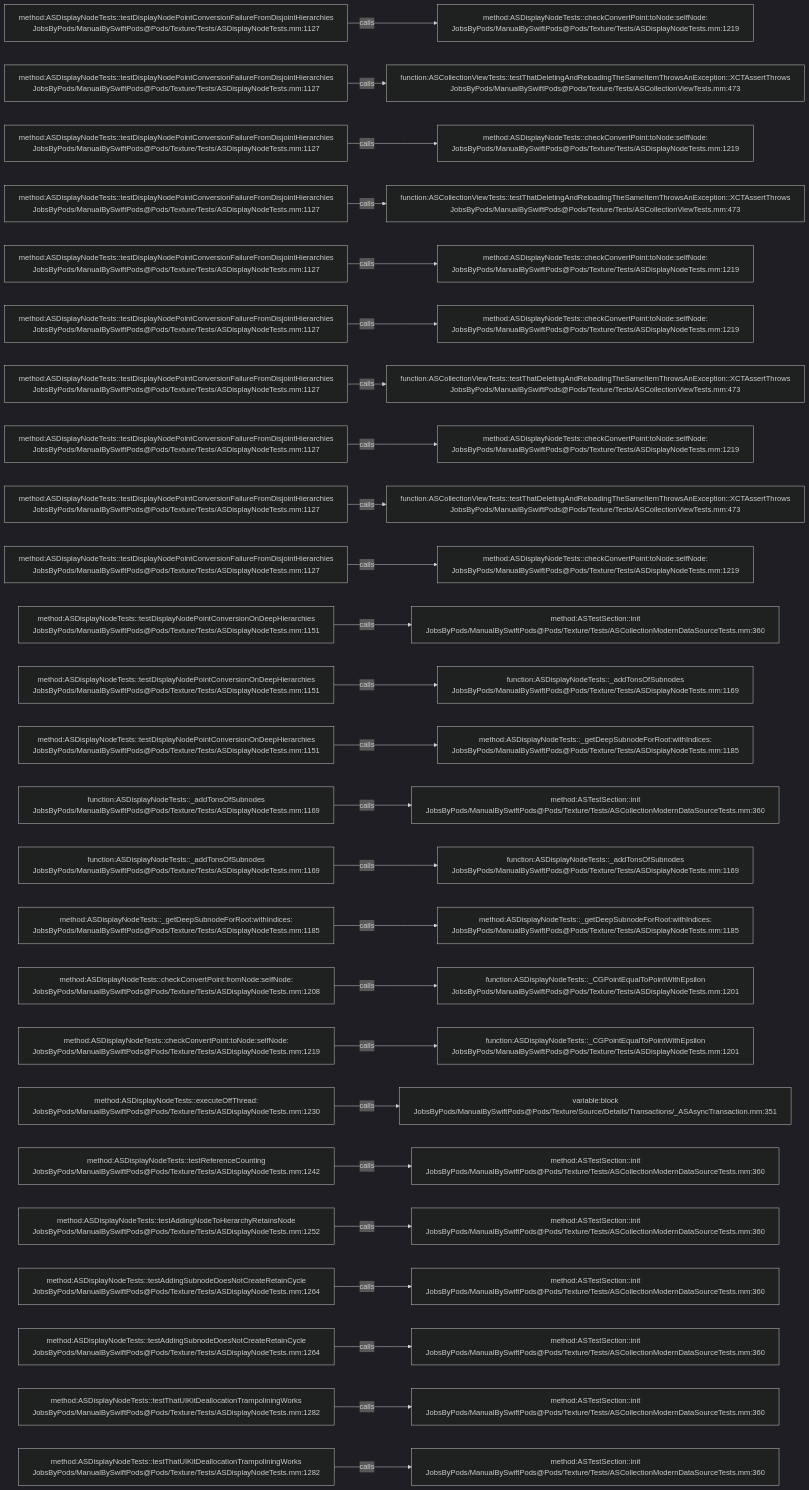
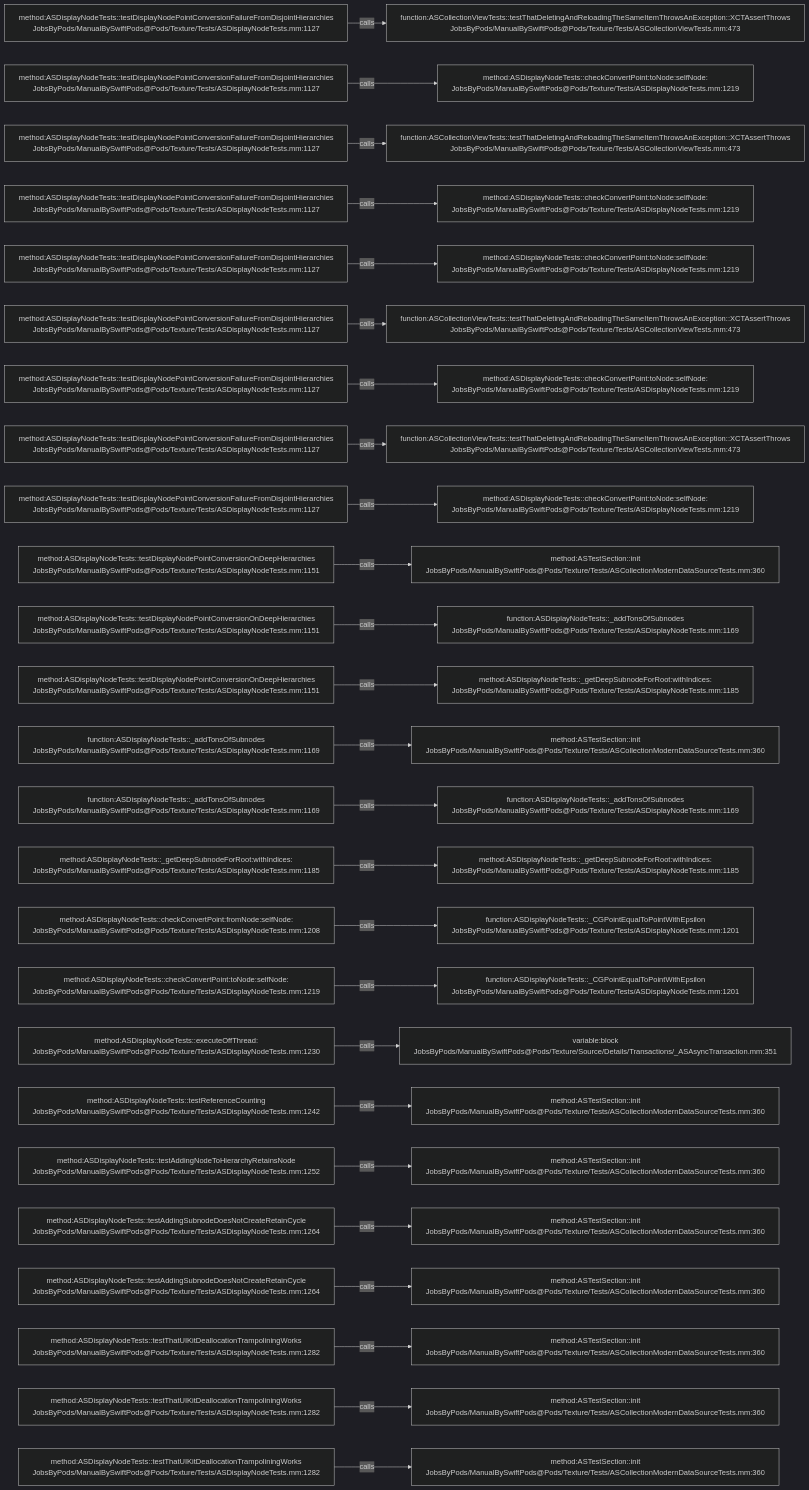
One commit to JobsKits/JobsSwiftBaseConfigDemo changed the diagram in .codegraph/codegraph.md/graphs/calls-191.md. Above: the diagram before and after it, drawn with Mermaid (dark theme). The commit also changed 747 other files, not shown here.

````diff
--- a/.codegraph/codegraph.md/graphs/calls-191.md
+++ b/.codegraph/codegraph.md/graphs/calls-191.md
@@ -13,78 +13,78 @@
 ```mermaid
 flowchart LR
   S1["method:ASDisplayNodeTests::testDisplayNodePointConversionFailureFromDisjointHierarchies<br/>JobsByPods/ManualBySwiftPods@Pods/Texture/Tests/ASDisplayNodeTests.mm:1127"]
-  T1["method:ASDisplayNodeTests::checkConvertPoint:toNode:selfNode:<br/>JobsByPods/ManualBySwiftPods@Pods/Texture/Tests/ASDisplayNodeTests.mm:1219"]
+  T1["function:ASCollectionViewTests::testThatDeletingAndReloadingTheSameItemThrowsAnException::XCTAssertThrows<br/>JobsByPods/ManualBySwiftPods@Pods/Texture/Tests/ASCollectionViewTests.mm:473"]
   S1 -->|calls| T1
   S2["method:ASDisplayNodeTests::testDisplayNodePointConversionFailureFromDisjointHierarchies<br/>JobsByPods/ManualBySwiftPods@Pods/Texture/Tests/ASDisplayNodeTests.mm:1127"]
-  T2["function:ASCollectionViewTests::testThatDeletingAndReloadingTheSameItemThrowsAnException::XCTAssertThrows<br/>JobsByPods/ManualBySwiftPods@Pods/Texture/Tests/ASCollectionViewTests.mm:473"]
+  T2["method:ASDisplayNodeTests::checkConvertPoint:toNode:selfNode:<br/>JobsByPods/ManualBySwiftPods@Pods/Texture/Tests/ASDisplayNodeTests.mm:1219"]
   S2 -->|calls| T2
   S3["method:ASDisplayNodeTests::testDisplayNodePointConversionFailureFromDisjointHierarchies<br/>JobsByPods/ManualBySwiftPods@Pods/Texture/Tests/ASDisplayNodeTests.mm:1127"]
-  T3["method:ASDisplayNodeTests::checkConvertPoint:toNode:selfNode:<br/>JobsByPods/ManualBySwiftPods@Pods/Texture/Tests/ASDisplayNodeTests.mm:1219"]
+  T3["function:ASCollectionViewTests::testThatDeletingAndReloadingTheSameItemThrowsAnException::XCTAssertThrows<br/>JobsByPods/ManualBySwiftPods@Pods/Texture/Tests/ASCollectionViewTests.mm:473"]
   S3 -->|calls| T3
   S4["method:ASDisplayNodeTests::testDisplayNodePointConversionFailureFromDisjointHierarchies<br/>JobsByPods/ManualBySwiftPods@Pods/Texture/Tests/ASDisplayNodeTests.mm:1127"]
-  T4["function:ASCollectionViewTests::testThatDeletingAndReloadingTheSameItemThrowsAnException::XCTAssertThrows<br/>JobsByPods/ManualBySwiftPods@Pods/Texture/Tests/ASCollectionViewTests.mm:473"]
+  T4["method:ASDisplayNodeTests::checkConvertPoint:toNode:selfNode:<br/>JobsByPods/ManualBySwiftPods@Pods/Texture/Tests/ASDisplayNodeTests.mm:1219"]
   S4 -->|calls| T4
   S5["method:ASDisplayNodeTests::testDisplayNodePointConversionFailureFromDisjointHierarchies<br/>JobsByPods/ManualBySwiftPods@Pods/Texture/Tests/ASDisplayNodeTests.mm:1127"]
   T5["method:ASDisplayNodeTests::checkConvertPoint:toNode:selfNode:<br/>JobsByPods/ManualBySwiftPods@Pods/Texture/Tests/ASDisplayNodeTests.mm:1219"]
   S5 -->|calls| T5
   S6["method:ASDisplayNodeTests::testDisplayNodePointConversionFailureFromDisjointHierarchies<br/>JobsByPods/ManualBySwiftPods@Pods/Texture/Tests/ASDisplayNodeTests.mm:1127"]
-  T6["method:ASDisplayNodeTests::checkConvertPoint:toNode:selfNode:<br/>JobsByPods/ManualBySwiftPods@Pods/Texture/Tests/ASDisplayNodeTests.mm:1219"]
+  T6["function:ASCollectionViewTests::testThatDeletingAndReloadingTheSameItemThrowsAnException::XCTAssertThrows<br/>JobsByPods/ManualBySwiftPods@Pods/Texture/Tests/ASCollectionViewTests.mm:473"]
   S6 -->|calls| T6
   S7["method:ASDisplayNodeTests::testDisplayNodePointConversionFailureFromDisjointHierarchies<br/>JobsByPods/ManualBySwiftPods@Pods/Texture/Tests/ASDisplayNodeTests.mm:1127"]
-  T7["function:ASCollectionViewTests::testThatDeletingAndReloadingTheSameItemThrowsAnException::XCTAssertThrows<br/>JobsByPods/ManualBySwiftPods@Pods/Texture/Tests/ASCollectionViewTests.mm:473"]
+  T7["method:ASDisplayNodeTests::checkConvertPoint:toNode:selfNode:<br/>JobsByPods/ManualBySwiftPods@Pods/Texture/Tests/ASDisplayNodeTests.mm:1219"]
   S7 -->|calls| T7
   S8["method:ASDisplayNodeTests::testDisplayNodePointConversionFailureFromDisjointHierarchies<br/>JobsByPods/ManualBySwiftPods@Pods/Texture/Tests/ASDisplayNodeTests.mm:1127"]
-  T8["method:ASDisplayNodeTests::checkConvertPoint:toNode:selfNode:<br/>JobsByPods/ManualBySwiftPods@Pods/Texture/Tests/ASDisplayNodeTests.mm:1219"]
+  T8["function:ASCollectionViewTests::testThatDeletingAndReloadingTheSameItemThrowsAnException::XCTAssertThrows<br/>JobsByPods/ManualBySwiftPods@Pods/Texture/Tests/ASCollectionViewTests.mm:473"]
   S8 -->|calls| T8
   S9["method:ASDisplayNodeTests::testDisplayNodePointConversionFailureFromDisjointHierarchies<br/>JobsByPods/ManualBySwiftPods@Pods/Texture/Tests/ASDisplayNodeTests.mm:1127"]
-  T9["function:ASCollectionViewTests::testThatDeletingAndReloadingTheSameItemThrowsAnException::XCTAssertThrows<br/>JobsByPods/ManualBySwiftPods@Pods/Texture/Tests/ASCollectionViewTests.mm:473"]
+  T9["method:ASDisplayNodeTests::checkConvertPoint:toNode:selfNode:<br/>JobsByPods/ManualBySwiftPods@Pods/Texture/Tests/ASDisplayNodeTests.mm:1219"]
   S9 -->|calls| T9
-  S10["method:ASDisplayNodeTests::testDisplayNodePointConversionFailureFromDisjointHierarchies<br/>JobsByPods/ManualBySwiftPods@Pods/Texture/Tests/ASDisplayNodeTests.mm:1127"]
-  T10["method:ASDisplayNodeTests::checkConvertPoint:toNode:selfNode:<br/>JobsByPods/ManualBySwiftPods@Pods/Texture/Tests/ASDisplayNodeTests.mm:1219"]
+  S10["method:ASDisplayNodeTests::testDisplayNodePointConversionOnDeepHierarchies<br/>JobsByPods/ManualBySwiftPods@Pods/Texture/Tests/ASDisplayNodeTests.mm:1151"]
+  T10["method:ASTestSection::init<br/>JobsByPods/ManualBySwiftPods@Pods/Texture/Tests/ASCollectionModernDataSourceTests.mm:360"]
   S10 -->|calls| T10
   S11["method:ASDisplayNodeTests::testDisplayNodePointConversionOnDeepHierarchies<br/>JobsByPods/ManualBySwiftPods@Pods/Texture/Tests/ASDisplayNodeTests.mm:1151"]
-  T11["method:ASTestSection::init<br/>JobsByPods/ManualBySwiftPods@Pods/Texture/Tests/ASCollectionModernDataSourceTests.mm:360"]
+  T11["function:ASDisplayNodeTests::_addTonsOfSubnodes<br/>JobsByPods/ManualBySwiftPods@Pods/Texture/Tests/ASDisplayNodeTests.mm:1169"]
   S11 -->|calls| T11
   S12["method:ASDisplayNodeTests::testDisplayNodePointConversionOnDeepHierarchies<br/>JobsByPods/ManualBySwiftPods@Pods/Texture/Tests/ASDisplayNodeTests.mm:1151"]
-  T12["function:ASDisplayNodeTests::_addTonsOfSubnodes<br/>JobsByPods/ManualBySwiftPods@Pods/Texture/Tests/ASDisplayNodeTests.mm:1169"]
+  T12["method:ASDisplayNodeTests::_getDeepSubnodeForRoot:withIndices:<br/>JobsByPods/ManualBySwiftPods@Pods/Texture/Tests/ASDisplayNodeTests.mm:1185"]
   S12 -->|calls| T12
-  S13["method:ASDisplayNodeTests::testDisplayNodePointConversionOnDeepHierarchies<br/>JobsByPods/ManualBySwiftPods@Pods/Texture/Tests/ASDisplayNodeTests.mm:1151"]
-  T13["method:ASDisplayNodeTests::_getDeepSubnodeForRoot:withIndices:<br/>JobsByPods/ManualBySwiftPods@Pods/Texture/Tests/ASDisplayNodeTests.mm:1185"]
+  S13["function:ASDisplayNodeTests::_addTonsOfSubnodes<br/>JobsByPods/ManualBySwiftPods@Pods/Texture/Tests/ASDisplayNodeTests.mm:1169"]
+  T13["method:ASTestSection::init<br/>JobsByPods/ManualBySwiftPods@Pods/Texture/Tests/ASCollectionModernDataSourceTests.mm:360"]
   S13 -->|calls| T13
   S14["function:ASDisplayNodeTests::_addTonsOfSubnodes<br/>JobsByPods/ManualBySwiftPods@Pods/Texture/Tests/ASDisplayNodeTests.mm:1169"]
-  T14["method:ASTestSection::init<br/>JobsByPods/ManualBySwiftPods@Pods/Texture/Tests/ASCollectionModernDataSourceTests.mm:360"]
+  T14["function:ASDisplayNodeTests::_addTonsOfSubnodes<br/>JobsByPods/ManualBySwiftPods@Pods/Texture/Tests/ASDisplayNodeTests.mm:1169"]
   S14 -->|calls| T14
-  S15["function:ASDisplayNodeTests::_addTonsOfSubnodes<br/>JobsByPods/ManualBySwiftPods@Pods/Texture/Tests/ASDisplayNodeTests.mm:1169"]
-  T15["function:ASDisplayNodeTests::_addTonsOfSubnodes<br/>JobsByPods/ManualBySwiftPods@Pods/Texture/Tests/ASDisplayNodeTests.mm:1169"]
+  S15["method:ASDisplayNodeTests::_getDeepSubnodeForRoot:withIndices:<br/>JobsByPods/ManualBySwiftPods@Pods/Texture/Tests/ASDisplayNodeTests.mm:1185"]
+  T15["method:ASDisplayNodeTests::_getDeepSubnodeForRoot:withIndices:<br/>JobsByPods/ManualBySwiftPods@Pods/Texture/Tests/ASDisplayNodeTests.mm:1185"]
   S15 -->|calls| T15
-  S16["method:ASDisplayNodeTests::_getDeepSubnodeForRoot:withIndices:<br/>JobsByPods/ManualBySwiftPods@Pods/Texture/Tests/ASDisplayNodeTests.mm:1185"]
-  T16["method:ASDisplayNodeTests::_getDeepSubnodeForRoot:withIndices:<br/>JobsByPods/ManualBySwiftPods@Pods/Texture/Tests/ASDisplayNodeTests.mm:1185"]
+  S16["method:ASDisplayNodeTests::checkConvertPoint:fromNode:selfNode:<br/>JobsByPods/ManualBySwiftPods@Pods/Texture/Tests/ASDisplayNodeTests.mm:1208"]
+  T16["function:ASDisplayNodeTests::_CGPointEqualToPointWithEpsilon<br/>JobsByPods/ManualBySwiftPods@Pods/Texture/Tests/ASDisplayNodeTests.mm:1201"]
   S16 -->|calls| T16
-  S17["method:ASDisplayNodeTests::checkConvertPoint:fromNode:selfNode:<br/>JobsByPods/ManualBySwiftPods@Pods/Texture/Tests/ASDisplayNodeTests.mm:1208"]
+  S17["method:ASDisplayNodeTests::checkConvertPoint:toNode:selfNode:<br/>JobsByPods/ManualBySwiftPods@Pods/Texture/Tests/ASDisplayNodeTests.mm:1219"]
   T17["function:ASDisplayNodeTests::_CGPointEqualToPointWithEpsilon<br/>JobsByPods/ManualBySwiftPods@Pods/Texture/Tests/ASDisplayNodeTests.mm:1201"]
   S17 -->|calls| T17
-  S18["method:ASDisplayNodeTests::checkConvertPoint:toNode:selfNode:<br/>JobsByPods/ManualBySwiftPods@Pods/Texture/Tests/ASDisplayNodeTests.mm:1219"]
-  T18["function:ASDisplayNodeTests::_CGPointEqualToPointWithEpsilon<br/>JobsByPods/ManualBySwiftPods@Pods/Texture/Tests/ASDisplayNodeTests.mm:1201"]
+  S18["method:ASDisplayNodeTests::executeOffThread:<br/>JobsByPods/ManualBySwiftPods@Pods/Texture/Tests/ASDisplayNodeTests.mm:1230"]
+  T18["variable:block<br/>JobsByPods/ManualBySwiftPods@Pods/Texture/Source/Details/Transactions/_ASAsyncTransaction.mm:351"]
   S18 -->|calls| T18
-  S19["method:ASDisplayNodeTests::executeOffThread:<br/>JobsByPods/ManualBySwiftPods@Pods/Texture/Tests/ASDisplayNodeTests.mm:1230"]
-  T19["variable:block<br/>JobsByPods/ManualBySwiftPods@Pods/Texture/Source/Details/Transactions/_ASAsyncTransaction.mm:351"]
+  S19["method:ASDisplayNodeTests::testReferenceCounting<br/>JobsByPods/ManualBySwiftPods@Pods/Texture/Tests/ASDisplayNodeTests.mm:1242"]
+  T19["method:ASTestSection::init<br/>JobsByPods/ManualBySwiftPods@Pods/Texture/Tests/ASCollectionModernDataSourceTests.mm:360"]
   S19 -->|calls| T19
-  S20["method:ASDisplayNodeTests::testReferenceCounting<br/>JobsByPods/ManualBySwiftPods@Pods/Texture/Tests/ASDisplayNodeTests.mm:1242"]
+  S20["method:ASDisplayNodeTests::testAddingNodeToHierarchyRetainsNode<br/>JobsByPods/ManualBySwiftPods@Pods/Texture/Tests/ASDisplayNodeTests.mm:1252"]
   T20["method:ASTestSection::init<br/>JobsByPods/ManualBySwiftPods@Pods/Texture/Tests/ASCollectionModernDataSourceTests.mm:360"]
   S20 -->|calls| T20
-  S21["method:ASDisplayNodeTests::testAddingNodeToHierarchyRetainsNode<br/>JobsByPods/ManualBySwiftPods@Pods/Texture/Tests/ASDisplayNodeTests.mm:1252"]
+  S21["method:ASDisplayNodeTests::testAddingSubnodeDoesNotCreateRetainCycle<br/>JobsByPods/ManualBySwiftPods@Pods/Texture/Tests/ASDisplayNodeTests.mm:1264"]
   T21["method:ASTestSection::init<br/>JobsByPods/ManualBySwiftPods@Pods/Texture/Tests/ASCollectionModernDataSourceTests.mm:360"]
   S21 -->|calls| T21
   S22["method:ASDisplayNodeTests::testAddingSubnodeDoesNotCreateRetainCycle<br/>JobsByPods/ManualBySwiftPods@Pods/Texture/Tests/ASDisplayNodeTests.mm:1264"]
   T22["method:ASTestSection::init<br/>JobsByPods/ManualBySwiftPods@Pods/Texture/Tests/ASCollectionModernDataSourceTests.mm:360"]
   S22 -->|calls| T22
-  S23["method:ASDisplayNodeTests::testAddingSubnodeDoesNotCreateRetainCycle<br/>JobsByPods/ManualBySwiftPods@Pods/Texture/Tests/ASDisplayNodeTests.mm:1264"]
+  S23["method:ASDisplayNodeTests::testThatUIKitDeallocationTrampoliningWorks<br/>JobsByPods/ManualBySwiftPods@Pods/Texture/Tests/ASDisplayNodeTests.mm:1282"]
   T23["method:ASTestSection::init<br/>JobsByPods/ManualBySwiftPods@Pods/Texture/Tests/ASCollectionModernDataSourceTests.mm:360"]
   S23 -->|calls| T23
   S24["method:ASDisplayNodeTests::testThatUIKitDeallocationTrampoliningWorks<br/>JobsByPods/ManualBySwiftPods@Pods/Texture/Tests/ASDisplayNodeTests.mm:1282"]
   T24["method:ASTestSection::init<br/>JobsByPods/ManualBySwiftPods@Pods/Texture/Tests/ASCollectionModernDataSourceTests.mm:360"]
   S24 -->|calls| T24
   S25["method:ASDisplayNodeTests::testThatUIKitDeallocationTrampoliningWorks<br/>JobsByPods/ManualBySwiftPods@Pods/Texture/Tests/ASDisplayNodeTests.mm:1282"]
   T25["method:ASTestSection::init<br/>JobsByPods/ManualBySwiftPods@Pods/Texture/Tests/ASCollectionModernDataSourceTests.mm:360"]
   S25 -->|calls| T25
 ```
````
